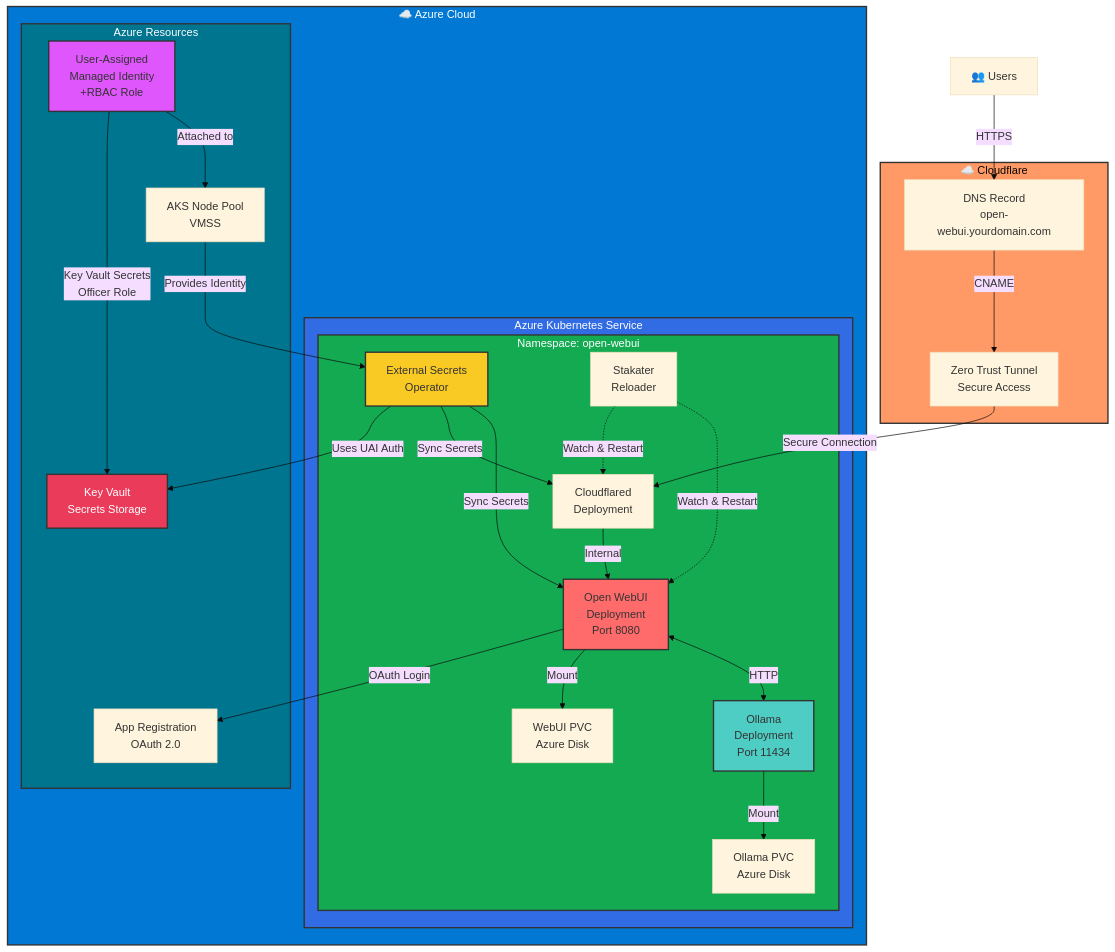
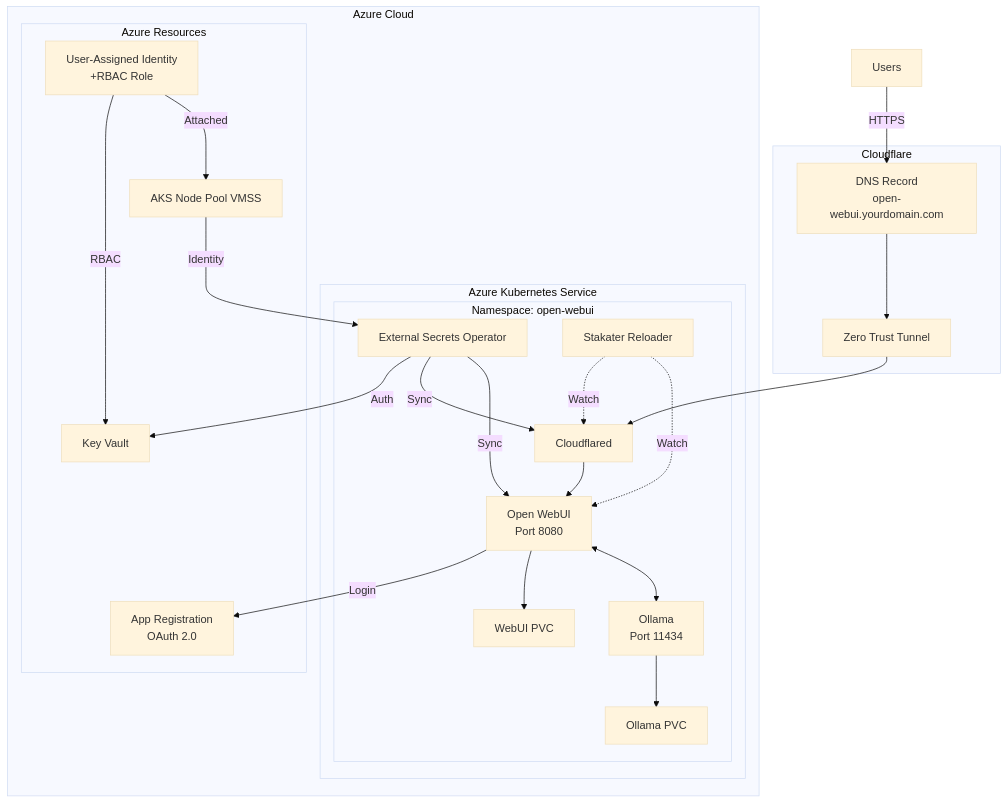
One commit to dbgalz11/open-webui-aks-deployment changed the diagram in README.md. Above: the diagram before and after it, drawn with Mermaid (base theme).

Commit message:
upload modified architecture flow

````diff
--- a/README.md
+++ b/README.md
@@ -33,56 +33,45 @@
 ```mermaid
 graph TB
-    subgraph Cloudflare["☁️ Cloudflare"]
+    subgraph Cloudflare["Cloudflare"]
         DNS[DNS Record<br/>open-webui.yourdomain.com]
-        Tunnel[Zero Trust Tunnel<br/>Secure Access]
+        Tunnel[Zero Trust Tunnel]
     end
     
-    subgraph Azure["☁️ Azure Cloud"]
+    subgraph Azure["Azure Cloud"]
         subgraph AKS["Azure Kubernetes Service"]
             subgraph NS["Namespace: open-webui"]
-                WebUI[Open WebUI<br/>Deployment<br/>Port 8080]
-                Ollama[Ollama<br/>Deployment<br/>Port 11434]
-                WebUIPVC[WebUI PVC<br/>Azure Disk]
-                OllamaPVC[Ollama PVC<br/>Azure Disk]
-                ESO[External Secrets<br/>Operator]
-                Reloader[Stakater<br/>Reloader]
-                CFTunnel[Cloudflared<br/>Deployment]
+                WebUI[Open WebUI<br/>Port 8080]
+                Ollama[Ollama<br/>Port 11434]
+                WebUIPVC[WebUI PVC]
+                OllamaPVC[Ollama PVC]
+                ESO[External Secrets Operator]
+                Reloader[Stakater Reloader]
+                CFTunnel[Cloudflared]
             end
         end
         
         subgraph AzureResources["Azure Resources"]
-            KV[Key Vault<br/>Secrets Storage]
-            UAI[User-Assigned<br/>Managed Identity<br/>+RBAC Role]
+            KV[Key Vault]
+            UAI[User-Assigned Identity<br/>+RBAC Role]
             AppReg[App Registration<br/>OAuth 2.0]
-            VMSS[AKS Node Pool<br/>VMSS]
+            VMSS[AKS Node Pool VMSS]
         end
     end
     
-    Users[👥 Users] -->|HTTPS| DNS
-    DNS -->|CNAME| Tunnel
-    Tunnel -->|Secure Connection| CFTunnel
-    CFTunnel -->|Internal| WebUI
-    WebUI <-->|HTTP| Ollama
-    WebUI -->|Mount| WebUIPVC
-    Ollama -->|Mount| OllamaPVC
-    ESO -->|Sync Secrets| WebUI
-    ESO -->|Sync Secrets| CFTunnel
-    Reloader -.->|Watch & Restart| WebUI
-    Reloader -.->|Watch & Restart| CFTunnel
-    UAI -->|Attached to| VMSS
-    VMSS -->|Provides Identity| ESO
-    ESO -->|Uses UAI Auth| KV
-    UAI -->|Key Vault Secrets<br/>Officer Role| KV
-    WebUI -->|OAuth Login| AppReg
-    
-    style Cloudflare fill:#f96,stroke:#333,stroke-width:2px
-    style Azure fill:#0078d4,stroke:#333,stroke-width:2px,color:#fff
-    style AKS fill:#326ce5,stroke:#333,stroke-width:2px,color:#fff
-    style NS fill:#13aa52,stroke:#333,stroke-width:2px,color:#fff
-    style AzureResources fill:#00758f,stroke:#333,stroke-width:2px,color:#fff
-    style WebUI fill:#ff6b6b,stroke:#333,stroke-width:2px
-    style Ollama fill:#4ecdc4,stroke:#333,stroke-width:2px
-    style ESO fill:#f9ca24,stroke:#333,stroke-width:2px
-    style UAI fill:#e056fd,stroke:#333,stroke-width:2px
-    style KV fill:#eb3b5a,stroke:#333,stroke-width:2px,color:#fff
+    Users[Users] -->|HTTPS| DNS
+    DNS --> Tunnel
+    Tunnel --> CFTunnel
+    CFTunnel --> WebUI
+    WebUI <--> Ollama
+    WebUI --> WebUIPVC
+    Ollama --> OllamaPVC
+    ESO -->|Sync| WebUI
+    ESO -->|Sync| CFTunnel
+    Reloader -.->|Watch| WebUI
+    Reloader -.->|Watch| CFTunnel
+    UAI -->|Attached| VMSS
+    VMSS -->|Identity| ESO
+    ESO -->|Auth| KV
+    UAI -->|RBAC| KV
+    WebUI -->|Login| AppReg
 ```
````
